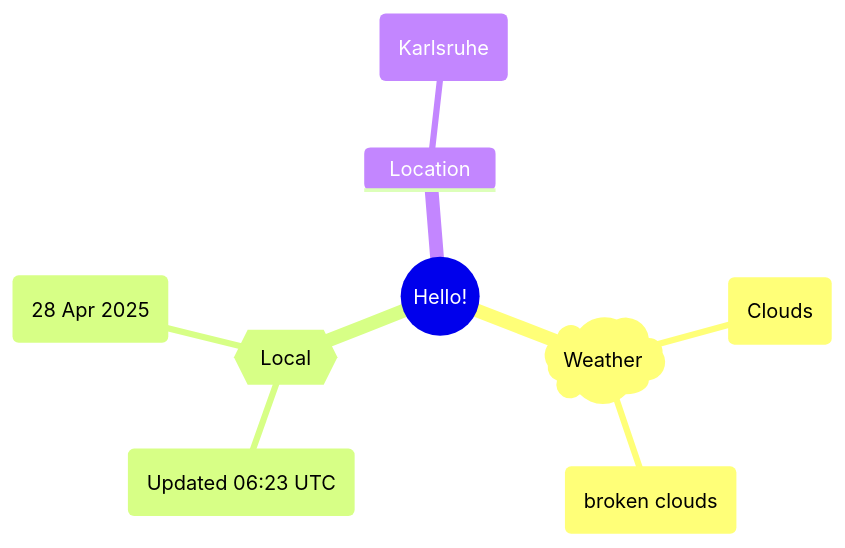
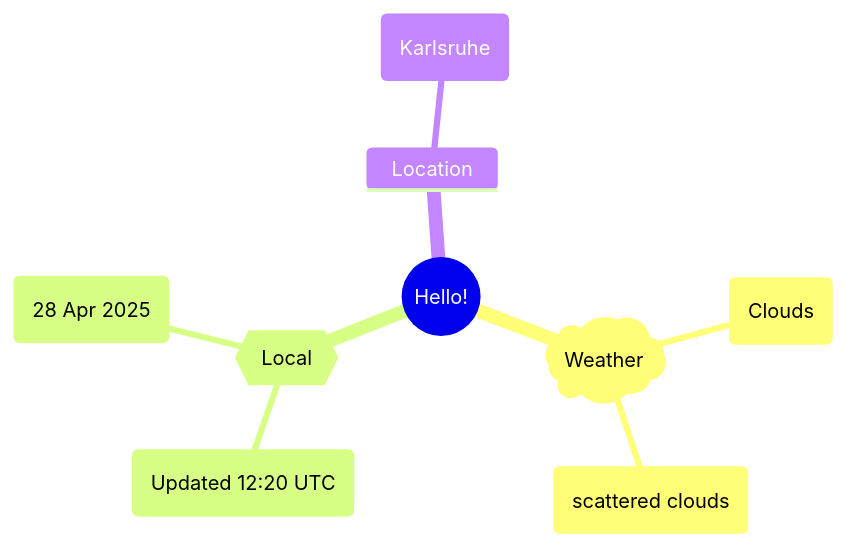
One commit to Xosrov/Xosrov changed the first of 2 diagrams in README.md. Above: the diagram before and after it, drawn with Mermaid.

Commit message:
[bot] updated images

````diff
--- a/README.md
+++ b/README.md
@@ -3,12 +3,12 @@
 ```mermaid
 mindmap
   root((Hello!))
     )Weather(
         (Clouds)
-        (broken clouds)
+        (scattered clouds)
     {{Local}}
-        (Updated 06:23 UTC)
+        (Updated 12:20 UTC)
         (28 Apr 2025)
     Location
         (Karlsruhe)
 ```
````
